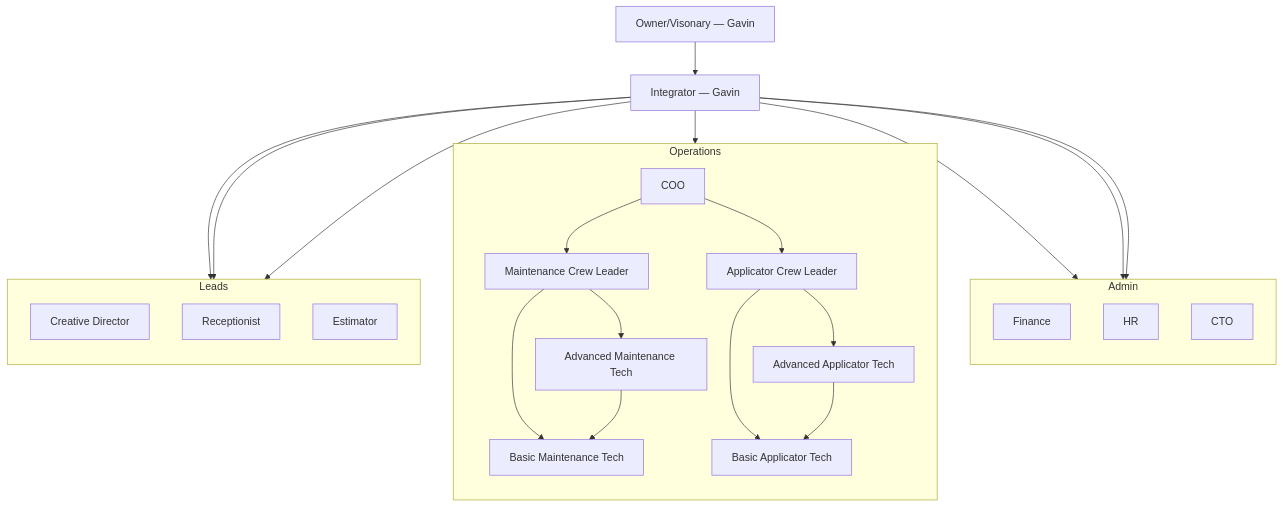
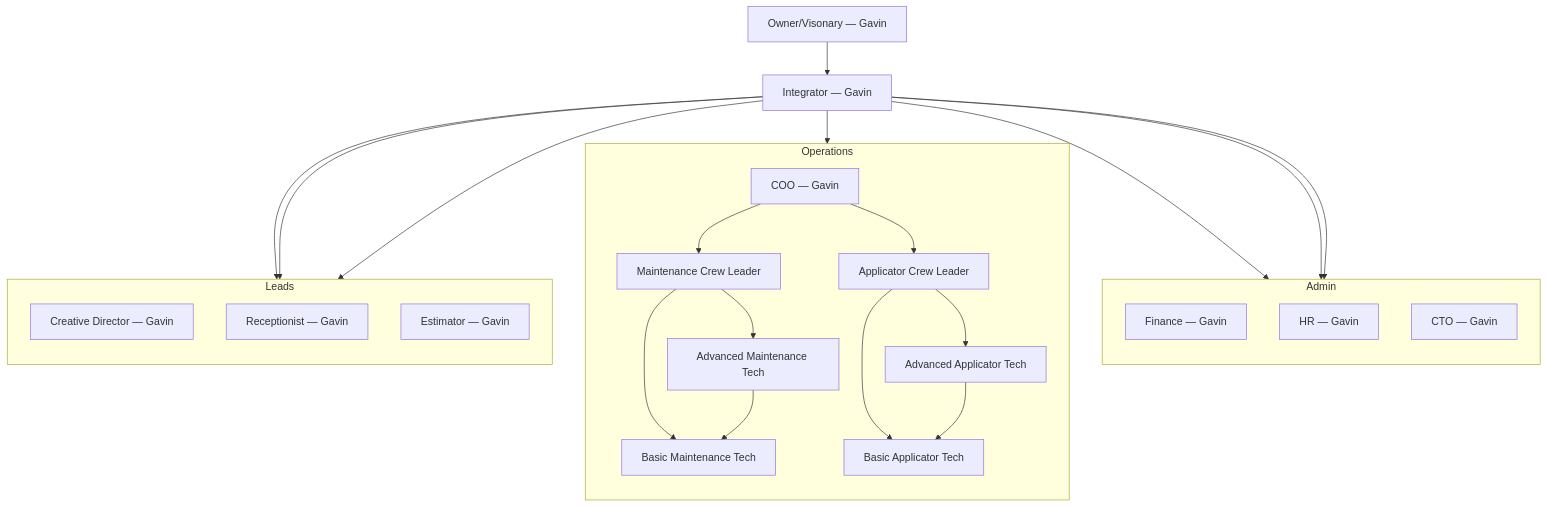
The diagram in TLC-OS/03 Org Chart/org-chart.md (Gavin-is-trying/Hobbes_), drawn with Mermaid before and after one commit.

Commit message:
Assign Gavin to organization chart roles

````diff
--- a/TLC-OS/03 Org Chart/org-chart.md
+++ b/TLC-OS/03 Org Chart/org-chart.md
@@ -3,52 +3,52 @@
 ```mermaid
 flowchart TD
     A["Owner/Visonary — Gavin"]
     B["Integrator — Gavin"]
 
     subgraph AA["Admin"]
         direction TB
-        C1["Finance"]
-        C2["HR"]
-        C3["CTO"]
+        C1["Finance — Gavin"]
+        C2["HR — Gavin"]
+        C3["CTO — Gavin"]
 
     end
 
     subgraph BB["Operations"]
         direction TB
-        D1["COO"]
+        D1["COO — Gavin"]
         D2["Maintenance Crew Leader"]
         D3["Applicator Crew Leader"]
         D4["Advanced Maintenance Tech"]
         D5["Basic Maintenance Tech"]
         D6["Advanced Applicator Tech"]
         D7["Basic Applicator Tech"]
 
         D1 --> D2
         D1 --> D3
         D2 --> D4
         D2 --> D5
         D4 --> D5
         D3 --> D6
         D3 --> D7
         D6 --> D7
 
     end
 
    subgraph CC["Leads"]
         direction TB
-        E1["Creative Director"]
-        E2["Receptionist"]
-        E3["Estimator"]
+        E1["Creative Director — Gavin"]
+        E2["Receptionist — Gavin"]
+        E3["Estimator — Gavin"]
 
     end
 
 
     A --> B
     B --> C1
     B --> C2
     B --> C3
     B --> D1
     B --> E1
     B --> E2
     B --> E3
 ```
````
